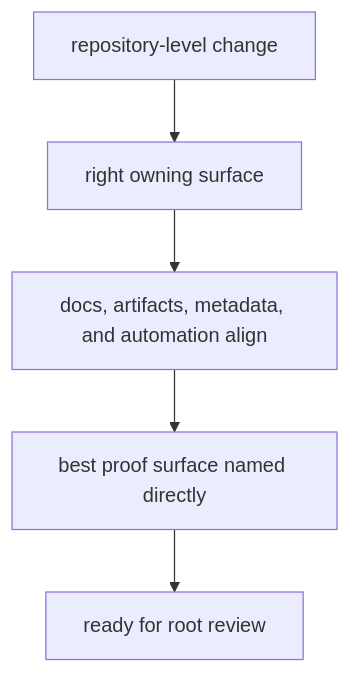
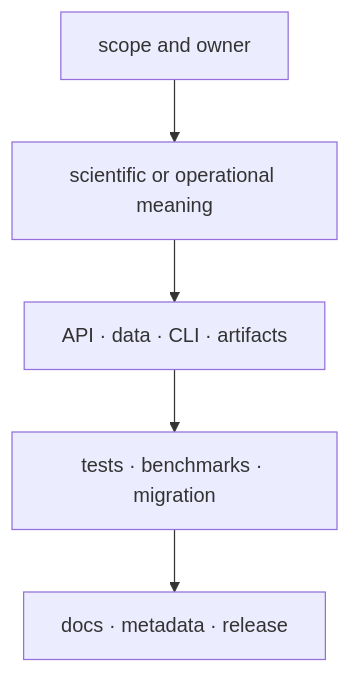
Before and after one commit to bijux/bijux-proteomics: the diagram in docs/01-bijux-proteomics/operations/review-expectations.md, drawn with Mermaid. The commit also changed other lines of this file and 2 other files, not shown here.

Commit message:
docs(review): define repository change evidence

````diff
--- a/docs/01-bijux-proteomics/operations/review-expectations.md
+++ b/docs/01-bijux-proteomics/operations/review-expectations.md
@@ -18,13 +19,9 @@
 ```mermaid
-flowchart TB
-    change["repository-level change"]
-    owner["right owning surface"]
-    alignment["docs, artifacts, metadata, and automation align"]
-    proof["best proof surface named directly"]
-    accept["ready for root review"]
-
-    change --> owner
-    owner --> alignment
-    alignment --> proof
-    proof --> accept
+flowchart TD
+    scope["scope and owner"]
+    meaning["scientific or operational meaning"]
+    contracts["API · data · CLI · artifacts"]
+    evidence["tests · benchmarks · migration"]
+    delivery["docs · metadata · release"]
+    scope --> meaning --> contracts --> evidence --> delivery
 ```
````
